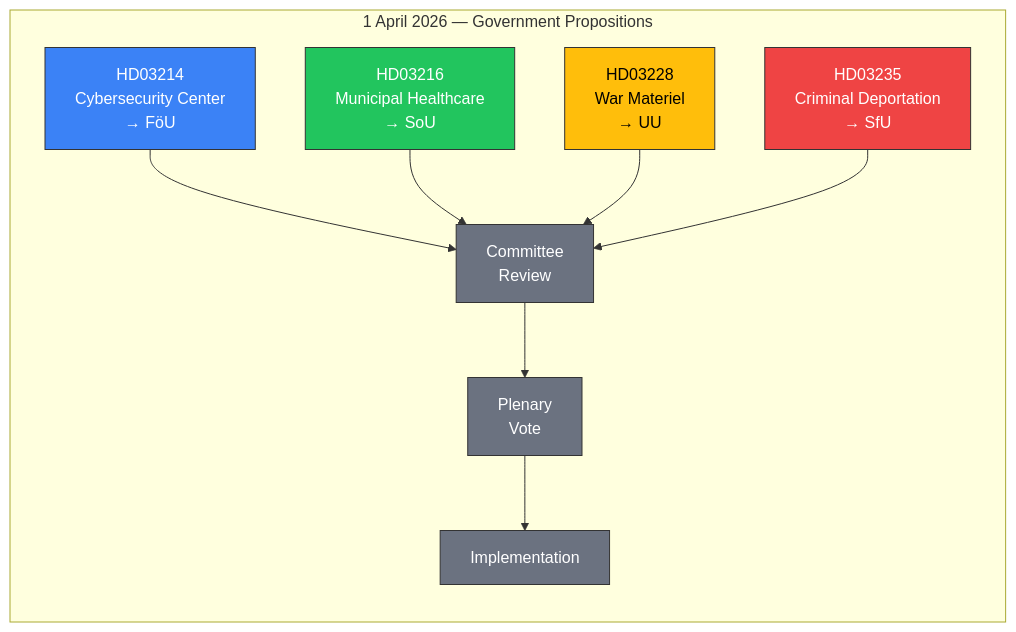
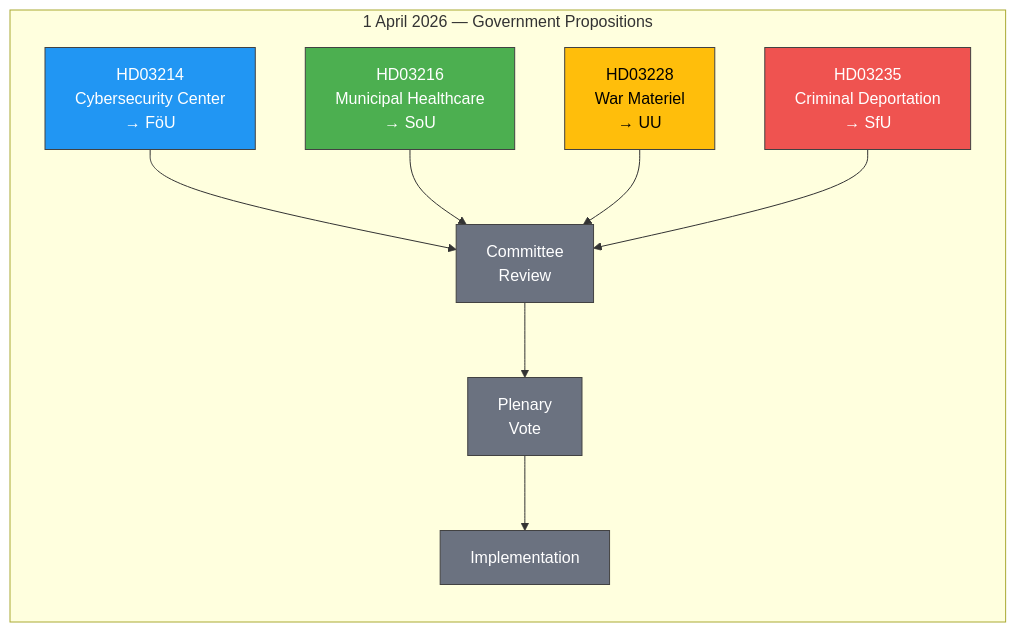
One commit to Hack23/riksdagsmonitor changed the diagram in analysis/daily/2026-04-01/propositions/synthesis-summary.md. Above: the diagram before and after it, drawn with Mermaid. The commit also changed 785 other files, not shown here.

First line of the commit message:
Normalize mermaid colors across 786 analysis artifacts to ISMS Style Guide palette

````diff
--- a/analysis/daily/2026-04-01/propositions/synthesis-summary.md
+++ b/analysis/daily/2026-04-01/propositions/synthesis-summary.md
@@ -33,19 +33,19 @@
 ```mermaid
 graph LR
     subgraph "1 April 2026 — Government Propositions"
         A["HD03214<br/>Cybersecurity Center<br/>→ FöU"] --> E["Committee<br/>Review"]
         B["HD03216<br/>Municipal Healthcare<br/>→ SoU"] --> E
         C["HD03228<br/>War Materiel<br/>→ UU"] --> E
         D["HD03235<br/>Criminal Deportation<br/>→ SfU"] --> E
         E --> F["Plenary<br/>Vote"]
         F --> G["Implementation"]
     end
     
-    style A fill:#3b82f6,stroke:#333,color:#fff
-    style B fill:#22c55e,stroke:#333,color:#fff
-    style C fill:#ffbe0b,stroke:#333,color:#000
-    style D fill:#ef4444,stroke:#333,color:#fff
-    style E fill:#6b7280,stroke:#333,color:#fff
-    style F fill:#6b7280,stroke:#333,color:#fff
-    style G fill:#6b7280,stroke:#333,color:#fff
+    style A fill:#2196F3,stroke:#424242,color:#FFFFFF
+    style B fill:#4CAF50,stroke:#424242,color:#FFFFFF
+    style C fill:#ffbe0b,stroke:#424242,color:#000000
+    style D fill:#EF5350,stroke:#424242,color:#FFFFFF
+    style E fill:#6b7280,stroke:#424242,color:#FFFFFF
+    style F fill:#6b7280,stroke:#424242,color:#FFFFFF
+    style G fill:#6b7280,stroke:#424242,color:#FFFFFF
 ```
````
